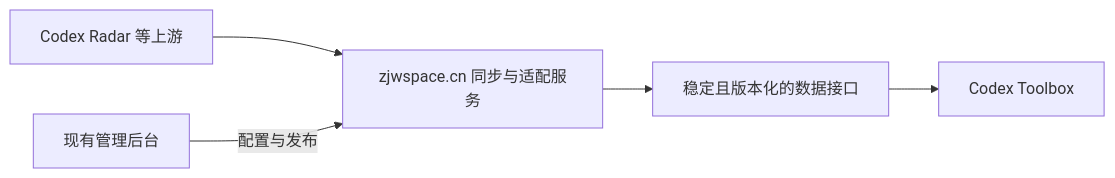
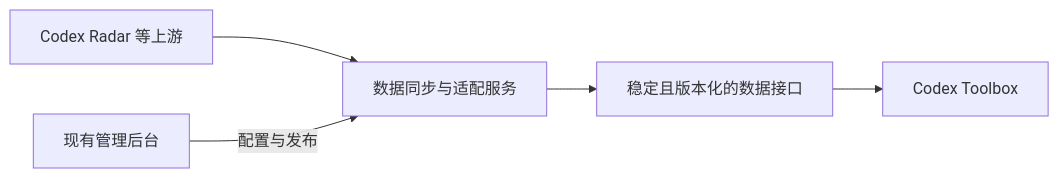
The diagram in docs/plans/2026-10-03-v1.4.0-managed-data-design.md (Digital-Twin-Technology-Laboratory/Codex-Toolbox), drawn with Mermaid before and after one commit. The commit also changed other lines of this file and 15 other files, not shown here.

````diff
--- a/docs/plans/2026-10-03-v1.4.0-managed-data-design.md
+++ b/docs/plans/2026-10-03-v1.4.0-managed-data-design.md
@@ -28,7 +28,7 @@
 ```mermaid
 flowchart LR
-    A[Codex Radar 等上游] --> B[zjwspace.cn 同步与适配服务]
+    A[Codex Radar 等上游] --> B[数据同步与适配服务]
     E[现有管理后台] -->|配置与发布| B
     B --> C[稳定且版本化的数据接口]
     C --> D[Codex Toolbox]
 ```
````
